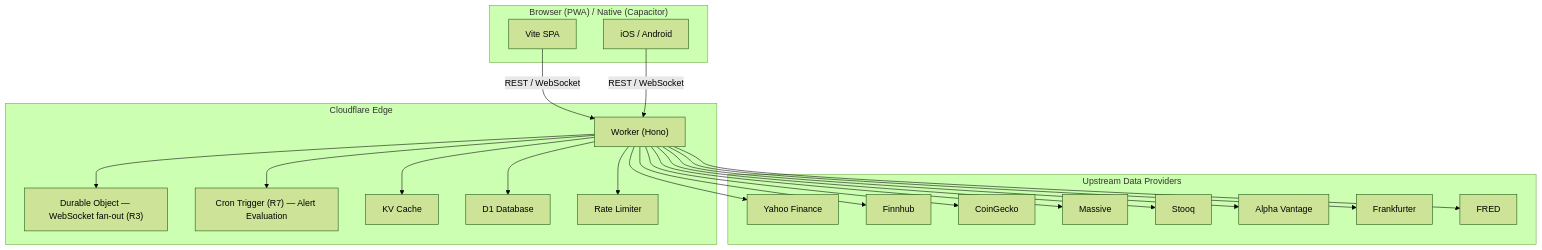
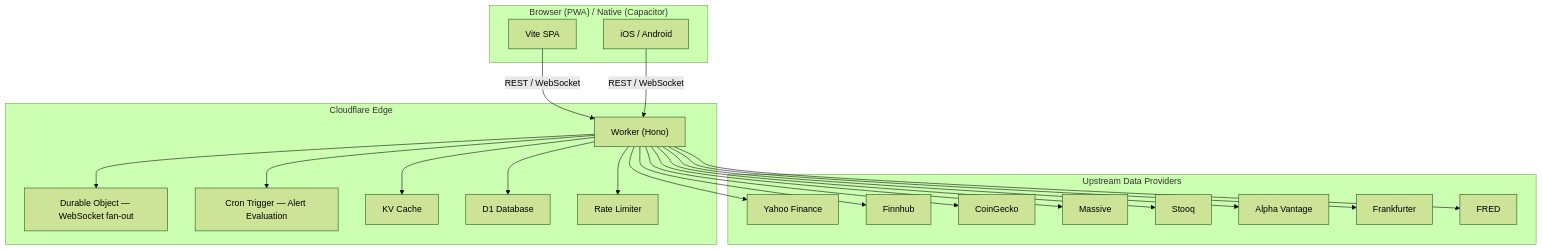
One commit to RajwanYair/CrossTide changed the second of 2 diagrams in README.md. Above: the diagram before and after it, drawn with Mermaid (forest theme). The commit also changed other lines of this file and 287 other files, not shown here.

````diff
--- a/README.md
+++ b/README.md
@@ -255,43 +273,43 @@
 ```mermaid
 flowchart TD
   subgraph Client["Browser (PWA) / Native (Capacitor)"]
     SPA["Vite SPA"]
     Native["iOS / Android"]
   end
 
   subgraph Edge["Cloudflare Edge"]
     Worker["Worker (Hono)"]
-    DO["Durable Object — WebSocket fan-out (R3)"]
-    Cron["Cron Trigger (R7) — Alert Evaluation"]
+    DO["Durable Object — WebSocket fan-out"]
+    Cron["Cron Trigger — Alert Evaluation"]
     KV["KV Cache"]
     D1["D1 Database"]
     RL["Rate Limiter"]
   end
 
   subgraph Upstream["Upstream Data Providers"]
     Yahoo["Yahoo Finance"]
     Finnhub["Finnhub"]
     CoinGecko["CoinGecko"]
     Massive["Massive"]
     Stooq["Stooq"]
     AlphaVantage["Alpha Vantage"]
     Frankfurter["Frankfurter"]
     FRED["FRED"]
   end
 
   SPA -- "REST / WebSocket" --> Worker
   Native -- "REST / WebSocket" --> Worker
   Worker --> DO
   Worker --> Cron
   Worker --> KV
   Worker --> D1
   Worker --> RL
   Worker --> Yahoo
   Worker --> Finnhub
   Worker --> CoinGecko
   Worker --> Massive
   Worker --> Stooq
   Worker --> AlphaVantage
   Worker --> Frankfurter
   Worker --> FRED
 ```
````
